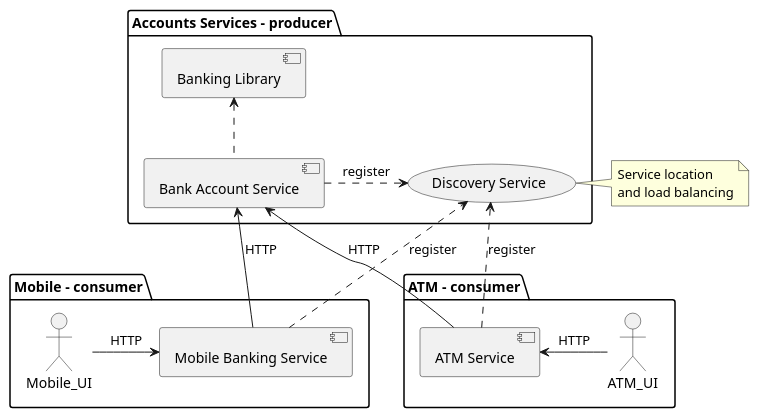
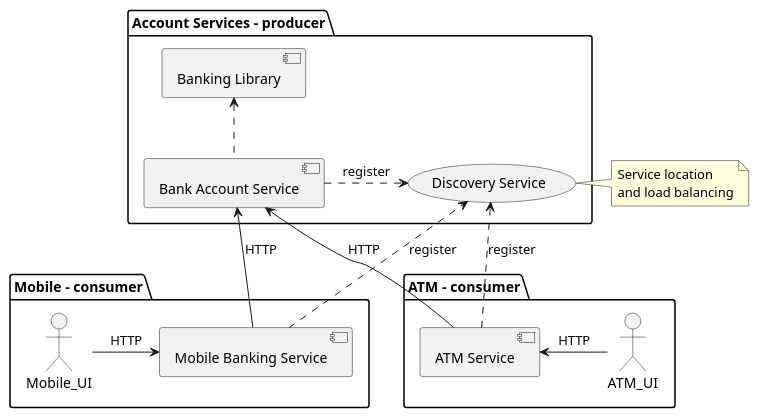
Before and after one commit to xp-dojo/consumer-driven-contracts: the diagram in architecture.puml, drawn with PlantUML. The commit also changed 2 other files, not shown here.

```diff
--- a/architecture.puml
+++ b/architecture.puml
@@ -1,30 +1,30 @@
 @startuml
 
-package "Accounts Services - producer" as ass{
+package "Account Services - producer" as ass{
     (Discovery Service) as disc
     [Banking Library] as lib
     [Bank Account Service] as acc
     lib <.. acc
     acc .> disc : register
 }
 
 package "Mobile - consumer"{
     [Mobile Banking Service] as mob
     mob .> disc : register
     acc <-- mob : HTTP
     Mobile_UI -> mob: HTTP
 }
 
 package "ATM - consumer"{
     [ATM Service] as atm
     atm .> disc : register
     acc <-- atm: HTTP
     atm <- ATM_UI: HTTP
 }
 
 note right of disc
     Service location
     and load balancing
 endnote
 
 @enduml
```
